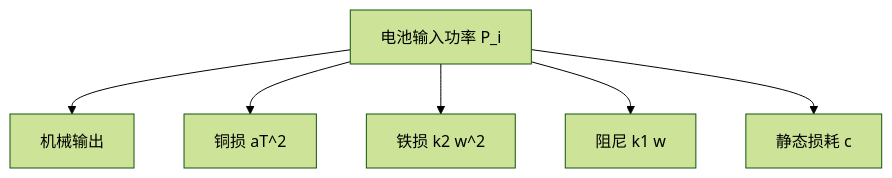
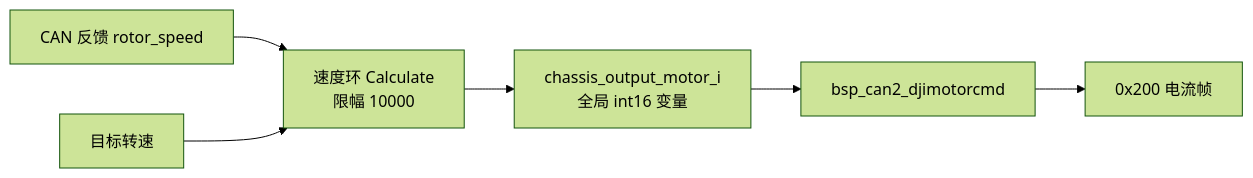
One commit to TC635807/TC63PersonalWebsite changed the first of 2 diagrams in docs/03-CAN 与电机/06-功率控制/01-功率模型.md. Above: the diagram before and after it, drawn with Mermaid (forest theme). The commit also changed other lines of this file and 728 other files, not shown here.

````diff
--- a/docs/03-CAN 与电机/06-功率控制/01-功率模型.md
+++ b/docs/03-CAN 与电机/06-功率控制/01-功率模型.md
@@ -44,8 +35,8 @@
 ```mermaid
-flowchart TD
-  B["电池输入功率 P_i"] --> MECH["机械输出"]
-  B --> CU["铜损 aT^2"]
-  B --> IRON["铁损 k2 w^2"]
-  B --> DAMP["阻尼 k1 w"]
-  B --> ST["静态损耗 c"]
+flowchart LR
+  FB["CAN 反馈 rotor_speed"] --> PID["速度环 Calculate<br/>限幅 10000"]
+  T["目标转速"] --> PID
+  PID --> G["chassis_output_motor_i<br/>全局 int16 变量"]
+  G --> S["bsp_can2_djimotorcmd"]
+  S --> F["0x200 电流帧"]
 ```
````
